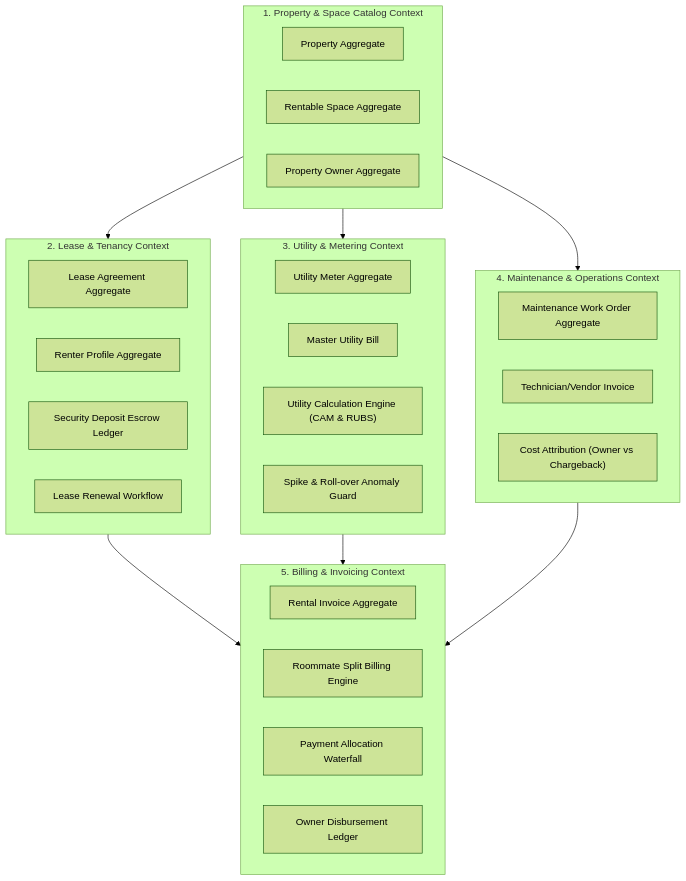
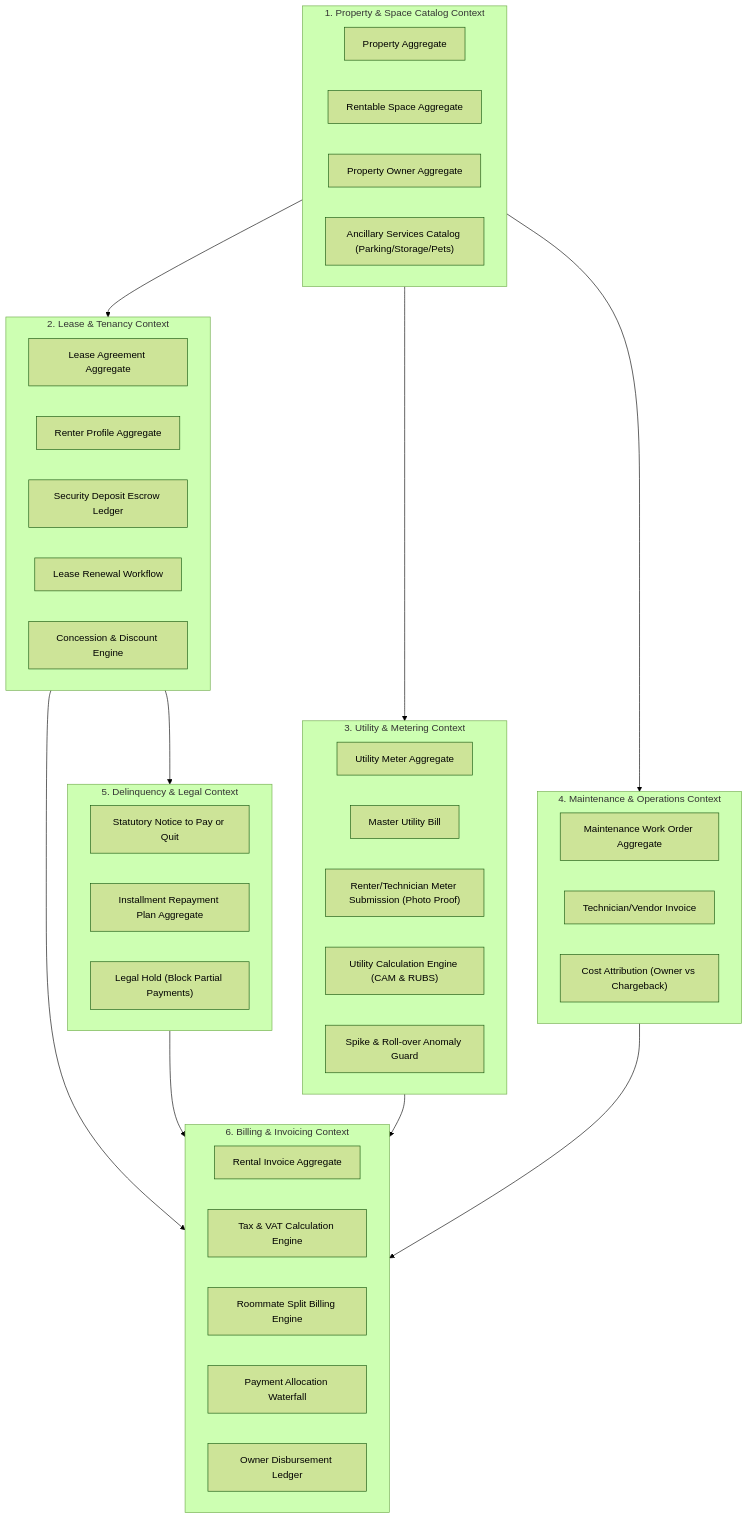
The first of 7 diagrams in docs/DOMAIN_ANALYSIS.md (prosubodh/sthanori), drawn with Mermaid (forest theme) before and after one commit. The commit also changed other lines of this file and 2 other files, not shown here.

Commit message:
docs(domain): record advanced domain models for meter photo submissions, move-out settlements, and tax engine (ADR-014)

````diff
--- a/docs/DOMAIN_ANALYSIS.md
+++ b/docs/DOMAIN_ANALYSIS.md
@@ -60,42 +70,54 @@
 ```mermaid
 flowchart TD
     subgraph PropertyCatalogContext["1. Property & Space Catalog Context"]
         Property["Property Aggregate"]
         RentableSpace["Rentable Space Aggregate"]
         PropertyOwner["Property Owner Aggregate"]
+        AncillaryCatalog["Ancillary Services Catalog (Parking/Storage/Pets)"]
     end
 
     subgraph LeaseManagementContext["2. Lease & Tenancy Context"]
         LeaseAgreement["Lease Agreement Aggregate"]
         RenterProfile["Renter Profile Aggregate"]
         SecurityDeposit["Security Deposit Escrow Ledger"]
         RenewalWorkflow["Lease Renewal Workflow"]
+        ConcessionSchedule["Concession & Discount Engine"]
     end
 
     subgraph UtilityMeteringContext["3. Utility & Metering Context"]
         UtilityMeter["Utility Meter Aggregate"]
         MasterUtilityBill["Master Utility Bill"]
+        MeterSubmission["Renter/Technician Meter Submission (Photo Proof)"]
         UtilityEngine["Utility Calculation Engine (CAM & RUBS)"]
         AnomalyDetector["Spike & Roll-over Anomaly Guard"]
     end
 
     subgraph MaintenanceContext["4. Maintenance & Operations Context"]
         WorkOrder["Maintenance Work Order Aggregate"]
         VendorInvoice["Technician/Vendor Invoice"]
         CostAttribution["Cost Attribution (Owner vs Chargeback)"]
     end
 
-    subgraph InvoicingContext["5. Billing & Invoicing Context"]
+    subgraph DelinquencyContext["5. Delinquency & Legal Context"]
+        NoticeToQuit["Statutory Notice to Pay or Quit"]
+        RepaymentPlan["Installment Repayment Plan Aggregate"]
+        LegalHold["Legal Hold (Block Partial Payments)"]
+    end
+
+    subgraph InvoicingContext["6. Billing & Invoicing Context"]
         RentalInvoice["Rental Invoice Aggregate"]
+        TaxEngine["Tax & VAT Calculation Engine"]
         RoommateSplit["Roommate Split Billing Engine"]
         PaymentAllocation["Payment Allocation Waterfall"]
         OwnerDisbursement["Owner Disbursement Ledger"]
     end
 
     PropertyCatalogContext --> LeaseManagementContext
     PropertyCatalogContext --> UtilityMeteringContext
     PropertyCatalogContext --> MaintenanceContext
     LeaseManagementContext --> InvoicingContext
+    LeaseManagementContext --> DelinquencyContext
     UtilityMeteringContext --> InvoicingContext
     MaintenanceContext --> InvoicingContext
+    DelinquencyContext --> InvoicingContext
 ```
````
